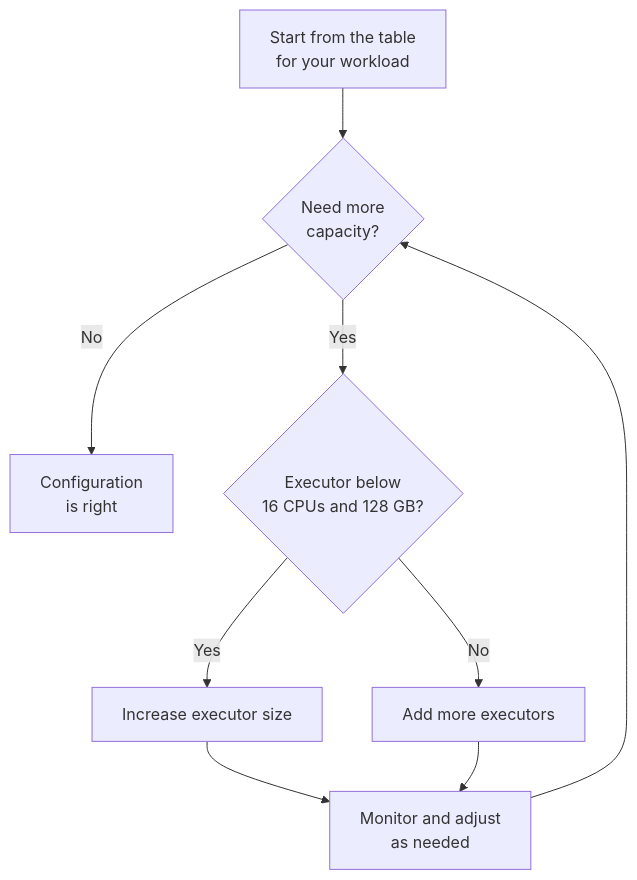
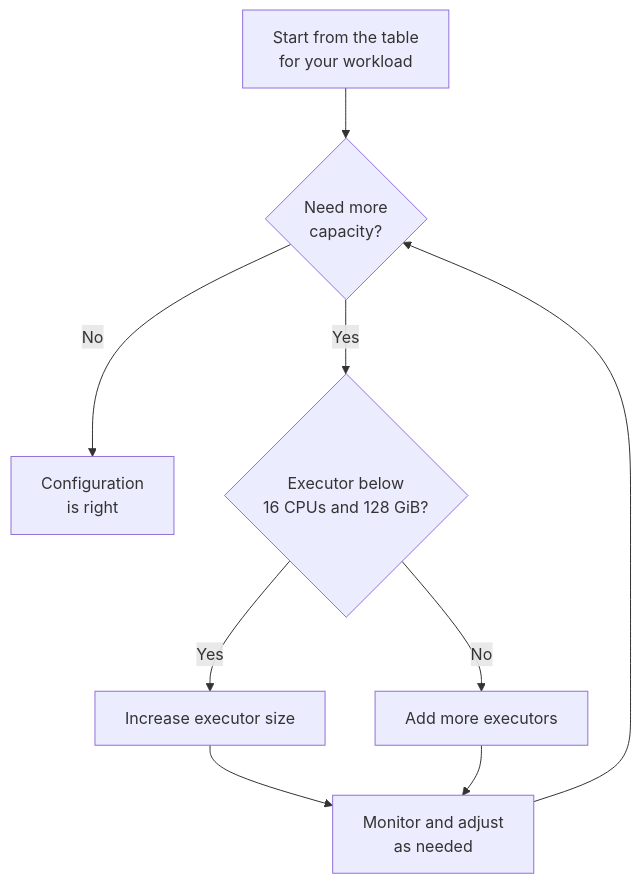
The diagram in user-guide/node-types/node-type-sizing.md (iomete/iom-docs), drawn with Mermaid before and after one commit. The commit also changed other lines of this file, not shown here.

````diff
--- a/user-guide/node-types/node-type-sizing.md
+++ b/user-guide/node-types/node-type-sizing.md
@@ -106,11 +106,11 @@
 ```mermaid
 graph TD
   A[Start from the table <br> for your workload] --> B{Need more <br> capacity?}
   B -->|No| C[Configuration <br> is right]
-  B -->|Yes| D{Executor below <br> 16 CPUs and 128 GB?}
+  B -->|Yes| D{Executor below <br> 16 CPUs and 128 GiB?}
   D -->|Yes| E[Increase executor size]
   D -->|No| F[Add more executors]
   E --> G[Monitor and adjust <br> as needed]
   F --> G
   G --> B
 ```
````
